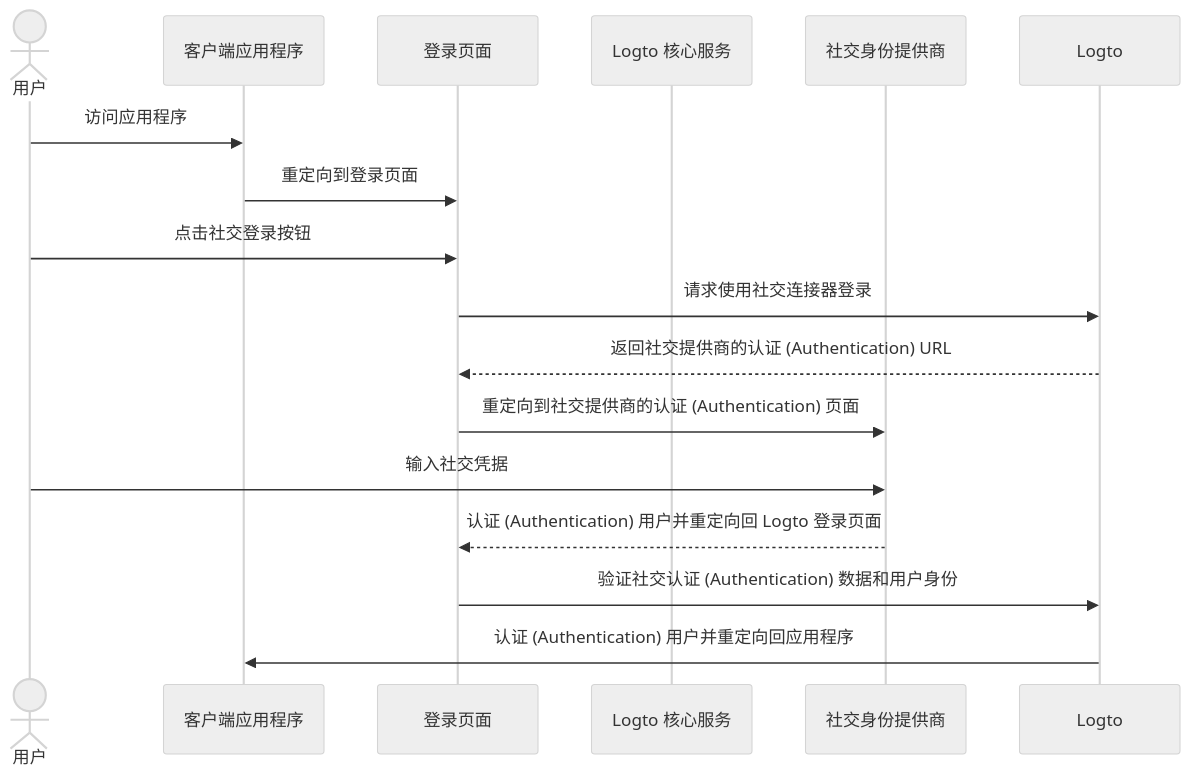
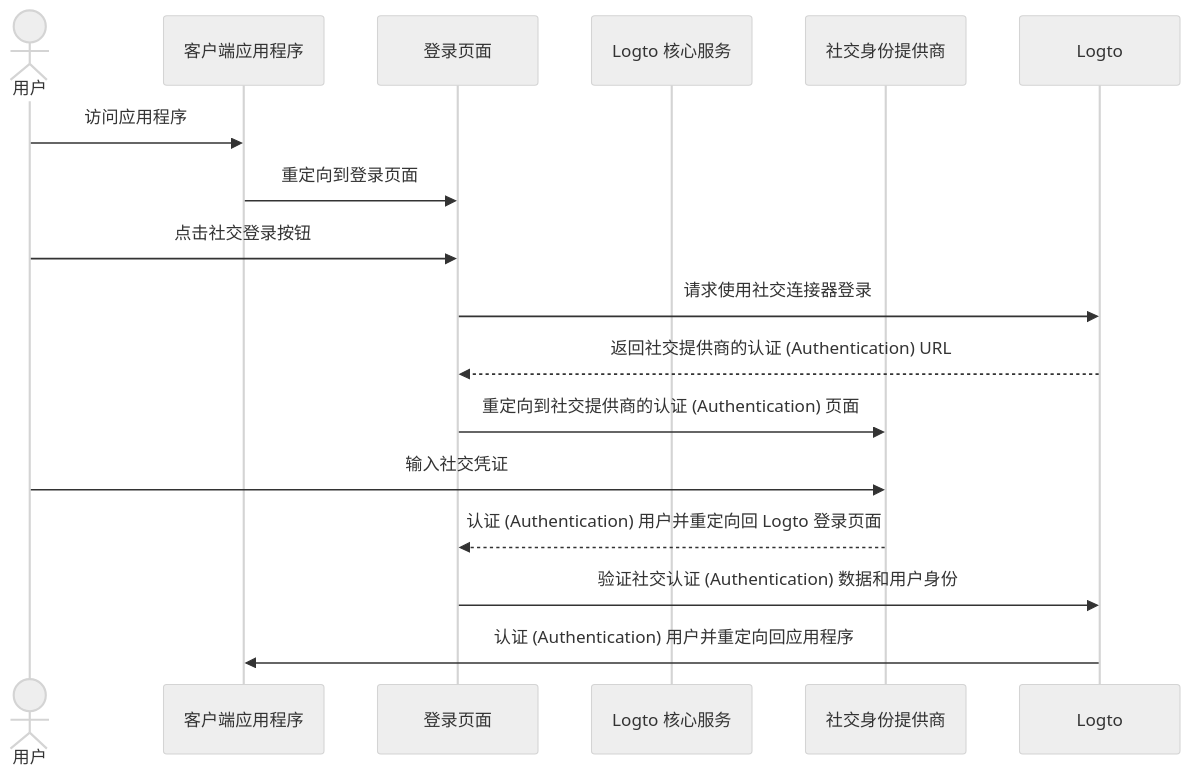
The first of 6 diagrams in i18n/zh-CN/docusaurus-plugin-content-docs/current/end-user-flows/sign-up-and-sign-in/social-sign-in.mdx (logto-io/docs), drawn with Mermaid (neutral theme) before and after one commit. The commit also changed other lines of this file and 407 other files, not shown here.

````diff
--- a/i18n/zh-CN/docusaurus-plugin-content-docs/current/end-user-flows/sign-up-and-sign-in/social-sign-in.mdx
+++ b/i18n/zh-CN/docusaurus-plugin-content-docs/current/end-user-flows/sign-up-and-sign-in/social-sign-in.mdx
@@ -36,19 +36,19 @@
 ```mermaid
 sequenceDiagram
     actor user as 用户
     participant app as 客户端应用程序
     participant experience as 登录页面
     participant logto as Logto 核心服务
     participant social as 社交身份提供商
 
     user->>app: 访问应用程序
     app->>experience: 重定向到登录页面
     user->>experience: 点击社交登录按钮
     experience->>Logto: 请求使用社交连接器登录
     Logto-->>experience: 返回社交提供商的认证 (Authentication) URL
     experience->>social: 重定向到社交提供商的认证 (Authentication) 页面
-    user->>social: 输入社交凭据
+    user->>social: 输入社交凭证
     social-->>experience: 认证 (Authentication) 用户并重定向回 Logto 登录页面
     experience->>Logto: 验证社交认证 (Authentication) 数据和用户身份
     Logto->>app: 认证 (Authentication) 用户并重定向回应用程序
 ```
````
